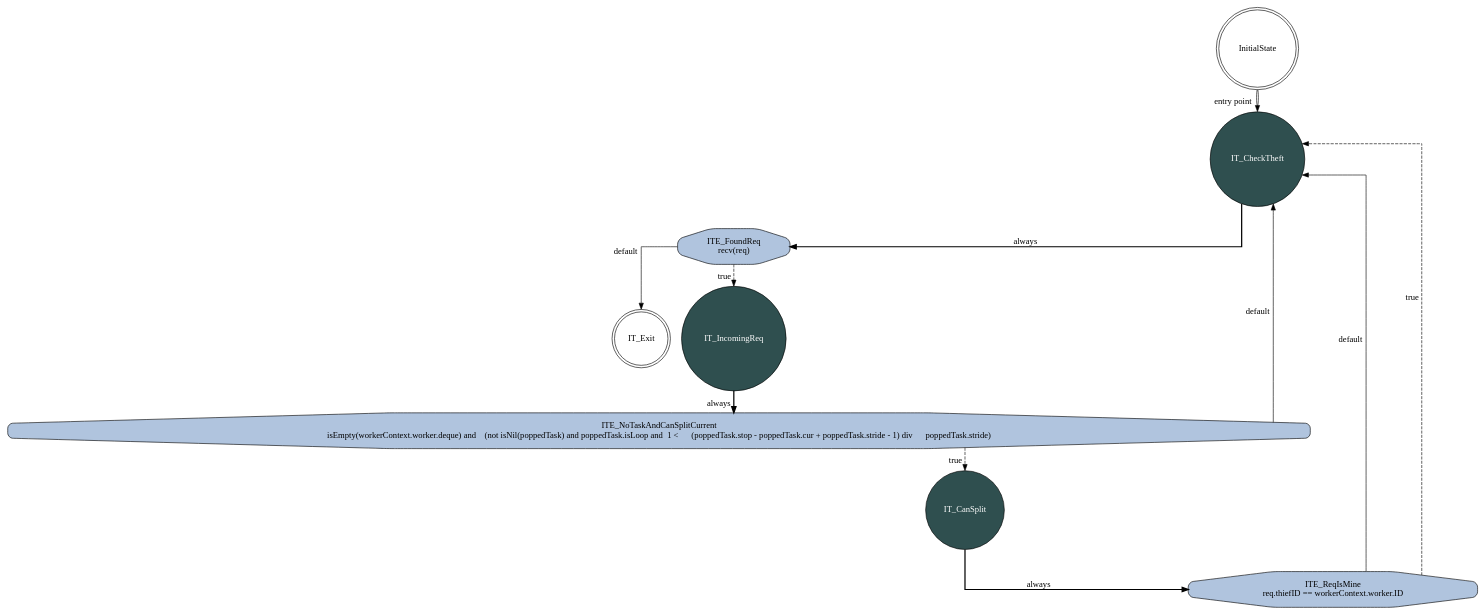
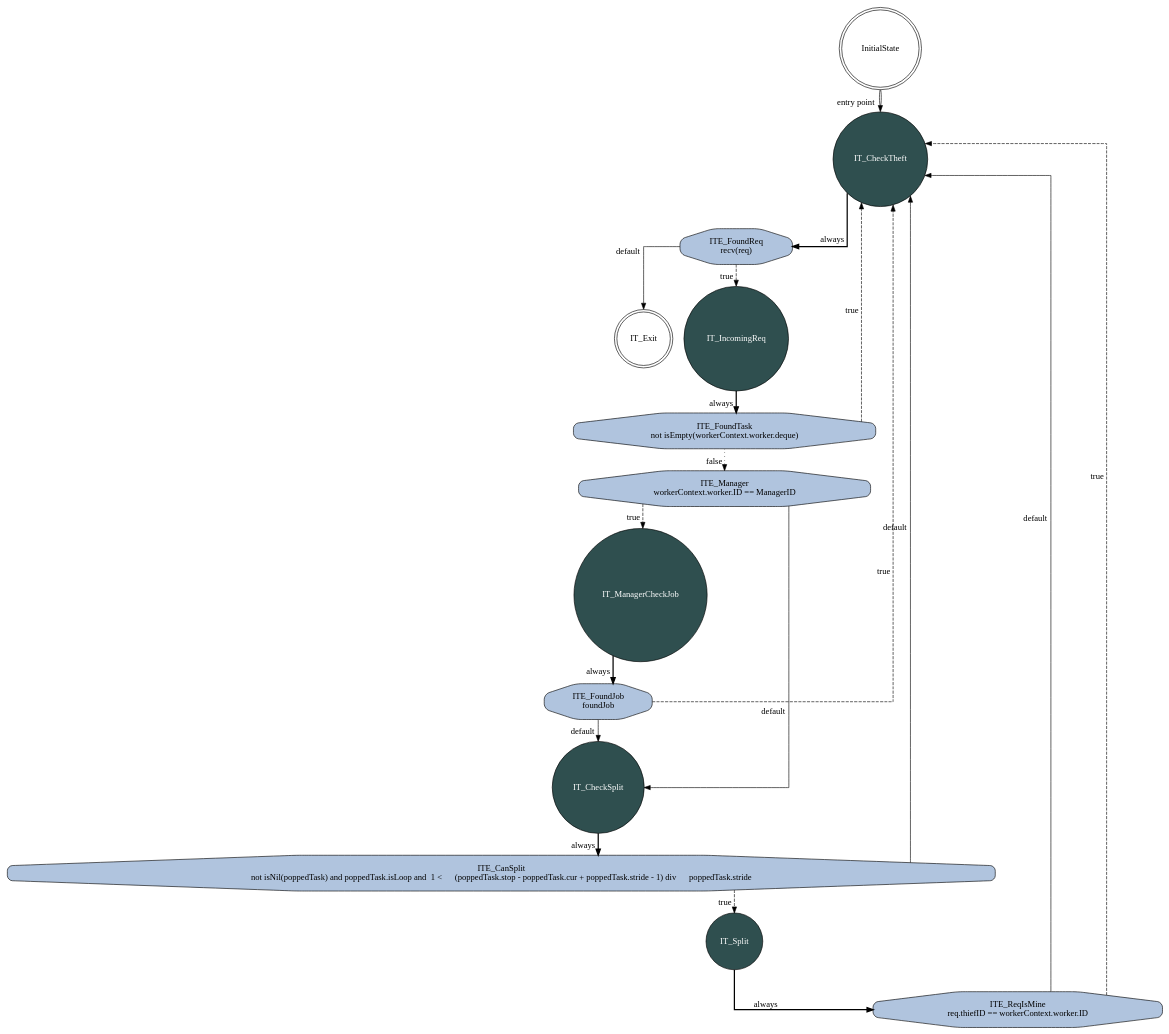
One commit to mratsim/weave changed the diagram in weave/state_machines/handle_thieves.dot. Above: the diagram before and after it, drawn with Graphviz. The commit also changed 19 other files, not shown here.

Commit message:
Have a manager thread handle job submissions to avoid race in termination detection

```diff
--- a/weave/state_machines/handle_thieves.dot
+++ b/weave/state_machines/handle_thieves.dot
@@ -1,19 +1,30 @@
 digraph handleThievesFSA{
     splines=ortho;
     node [shape = doublecircle]; InitialState IT_Exit;
-    node [shape = circle, fontcolor=white, fillcolor=darkslategrey, style="filled"]; IT_CanSplit IT_CheckTheft IT_IncomingReq;
+    node [shape = circle, fontcolor=white, fillcolor=darkslategrey, style="filled"]; IT_ManagerCheckJob IT_CheckTheft IT_Split IT_IncomingReq IT_CheckSplit;
     InitialState -> IT_CheckTheft [color="black:invis:black", xlabel="entry point"];
-    node [shape = octagon, fontcolor=black, fillcolor=lightsteelblue, style="rounded,filled"]; IT_CanSplit_ITE_ReqIsMine IT_CheckTheft_ITE_FoundReq IT_IncomingReq_ITE_NoTaskAndCanSplitCurrent ;
-    IT_CanSplit_ITE_ReqIsMine [label="ITE_ReqIsMine\nreq.thiefID == workerContext.worker.ID"];
+    node [shape = octagon, fontcolor=black, fillcolor=lightsteelblue, style="rounded,filled"]; IT_ManagerCheckJob_ITE_FoundJob IT_CheckTheft_ITE_FoundReq IT_Split_ITE_ReqIsMine IT_IncomingReq_ITE_FoundTask IT_IncomingReq_ITE_Manager IT_CheckSplit_ITE_CanSplit ;
+    IT_ManagerCheckJob_ITE_FoundJob [label="ITE_FoundJob\nfoundJob"];
     IT_CheckTheft_ITE_FoundReq [label="ITE_FoundReq\nrecv(req)"];
-    IT_IncomingReq_ITE_NoTaskAndCanSplitCurrent [label="ITE_NoTaskAndCanSplitCurrent\nisEmpty(workerContext.worker.deque) and    (not isNil(poppedTask) and poppedTask.isLoop and  1 <      (poppedTask.stop - poppedTask.cur + poppedTask.stride - 1) div      poppedTask.stride)"];
-    IT_CanSplit -> IT_CanSplit_ITE_ReqIsMine[style=bold, xlabel="always"];
-    IT_CanSplit_ITE_ReqIsMine -> IT_CheckTheft [style=dashed, xlabel="true"];
-    IT_CanSplit_ITE_ReqIsMine -> IT_CheckTheft [xlabel="default"];
+    IT_Split_ITE_ReqIsMine [label="ITE_ReqIsMine\nreq.thiefID == workerContext.worker.ID"];
+    IT_IncomingReq_ITE_FoundTask [label="ITE_FoundTask\nnot isEmpty(workerContext.worker.deque)"];
+    IT_IncomingReq_ITE_Manager [label="ITE_Manager\nworkerContext.worker.ID == ManagerID"];
+    IT_CheckSplit_ITE_CanSplit [label="ITE_CanSplit\nnot isNil(poppedTask) and poppedTask.isLoop and  1 <      (poppedTask.stop - poppedTask.cur + poppedTask.stride - 1) div      poppedTask.stride"];
+    IT_ManagerCheckJob -> IT_ManagerCheckJob_ITE_FoundJob[style=bold, xlabel="always"];
+    IT_ManagerCheckJob_ITE_FoundJob -> IT_CheckTheft [style=dashed, xlabel="true"];
+    IT_ManagerCheckJob_ITE_FoundJob -> IT_CheckSplit [xlabel="default"];
     IT_CheckTheft -> IT_CheckTheft_ITE_FoundReq[style=bold, xlabel="always"];
     IT_CheckTheft_ITE_FoundReq -> IT_IncomingReq [style=dashed, xlabel="true"];
     IT_CheckTheft_ITE_FoundReq -> IT_Exit [xlabel="default"];
-    IT_IncomingReq -> IT_IncomingReq_ITE_NoTaskAndCanSplitCurrent[style=bold, xlabel="always"];
-    IT_IncomingReq_ITE_NoTaskAndCanSplitCurrent -> IT_CanSplit [style=dashed, xlabel="true"];
-    IT_IncomingReq_ITE_NoTaskAndCanSplitCurrent -> IT_CheckTheft [xlabel="default"];
+    IT_Split -> IT_Split_ITE_ReqIsMine[style=bold, xlabel="always"];
+    IT_Split_ITE_ReqIsMine -> IT_CheckTheft [style=dashed, xlabel="true"];
+    IT_Split_ITE_ReqIsMine -> IT_CheckTheft [xlabel="default"];
+    IT_IncomingReq -> IT_IncomingReq_ITE_FoundTask[style=bold, xlabel="always"];
+    IT_IncomingReq_ITE_FoundTask -> IT_CheckTheft [style=dashed, xlabel="true"];
+    IT_IncomingReq_ITE_FoundTask -> IT_IncomingReq_ITE_Manager[style=dotted, xlabel="false"];
+    IT_IncomingReq_ITE_Manager -> IT_ManagerCheckJob [style=dashed, xlabel="true"];
+    IT_IncomingReq_ITE_Manager -> IT_CheckSplit [xlabel="default"];
+    IT_CheckSplit -> IT_CheckSplit_ITE_CanSplit[style=bold, xlabel="always"];
+    IT_CheckSplit_ITE_CanSplit -> IT_Split [style=dashed, xlabel="true"];
+    IT_CheckSplit_ITE_CanSplit -> IT_CheckTheft [xlabel="default"];
 }
```
